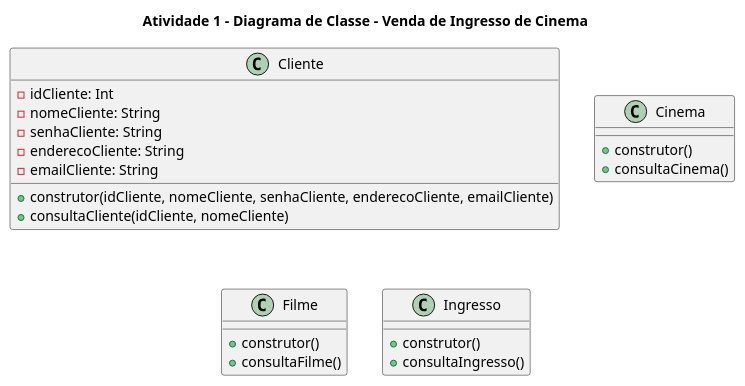
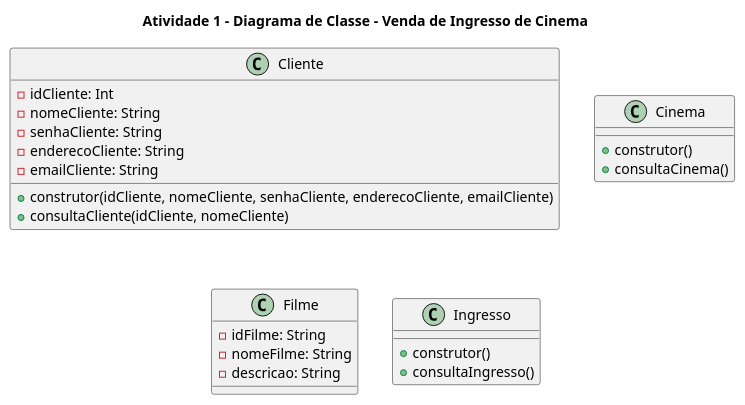
Before and after one commit to anleaes/2023-1-N1-POO-09: the diagram in Modelagem/Clientes.plantuml, drawn with PlantUML.

Commit message:
Descrição

```diff
--- a/Modelagem/Clientes.plantuml
+++ b/Modelagem/Clientes.plantuml
@@ -2,35 +2,35 @@
 @startuml A1
 
 title Atividade 1 - Diagrama de Classe - Venda de Ingresso de Cinema
 
 
     class Cliente{
     - idCliente: Int
     - nomeCliente: String
     - senhaCliente: String 
     - enderecoCliente: String
     - emailCliente: String
     + construtor(idCliente, nomeCliente, senhaCliente, enderecoCliente, emailCliente)
     + consultaCliente(idCliente, nomeCliente)
 }
 
 class Cinema{
 
     + construtor()
     + consultaCinema()
 }
 
 class Filme{
-    
-    + construtor()
-    + consultaFilme()
+    - idFilme: String
+    - nomeFilme: String
+    - descricao: String
 }
 
 class Ingresso{
 
     + construtor()
     + consultaIngresso()
 }
 
 
 @enduml
```
